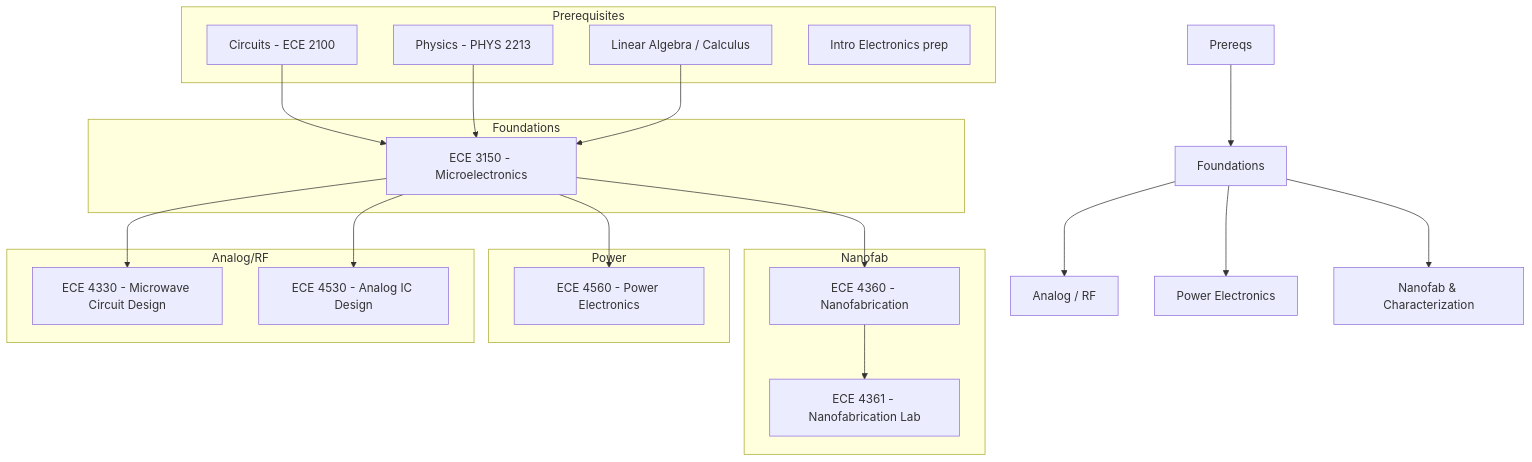
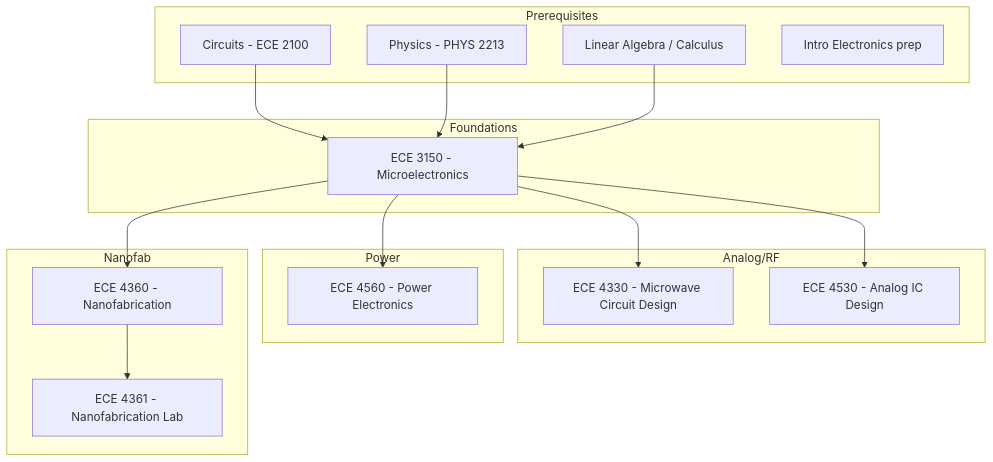
Before and after one commit to jmyphn/engineering-wiki: the diagram in ecerf.md, drawn with Mermaid. The commit also changed other lines of this file and 9 other files, not shown here.

````diff
--- a/ecerf.md
+++ b/ecerf.md
@@ -13,41 +13,37 @@
 ```mermaid
 flowchart TD
-  A[Prereqs] --> F[Foundations]
-  F --> R[Analog / RF]
-  F --> P[Power Electronics]
-  F --> N[Nanofab & Characterization]
 
   subgraph A1[Prerequisites]
     A1a[Circuits - ECE 2100]
     A1b[Physics - PHYS 2213]
     A1c[Linear Algebra / Calculus]
     A1d[Intro Electronics prep]
   end
 
   subgraph F1[Foundations]
     F1a[ECE 3150 - Microelectronics]
   end
 
   subgraph R1[Analog/RF]
     R1a[ECE 4330 - Microwave Circuit Design]
     R1b[ECE 4530 - Analog IC Design]
   end
 
   subgraph P1[Power]
     P1a[ECE 4560 - Power Electronics]
   end
 
   subgraph N1[Nanofab]
     N1a[ECE 4360 - Nanofabrication]
     N1b[ECE 4361 - Nanofabrication Lab]
   end
 
   A1a --> F1a
   A1b --> F1a
   A1c --> F1a
   F1a --> R1a
   F1a --> R1b
   F1a --> P1a
   F1a --> N1a
   N1a --> N1b
 ```
````
